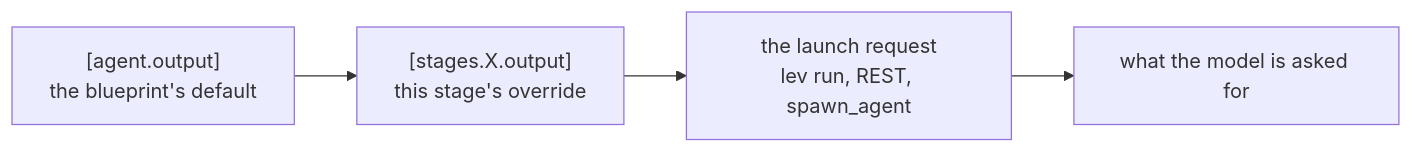
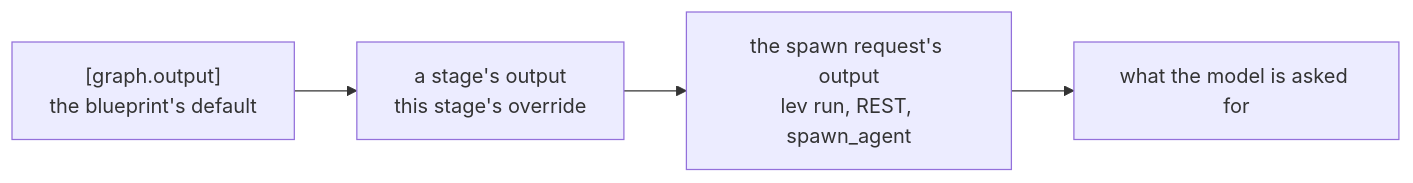
One commit to GEMISIS/leviath changed the second of 4 diagrams in docs/content/outputs.md. Above: the diagram before and after it, drawn with Mermaid. The commit also changed other lines of this file and 849 other files, not shown here.

````diff
--- a/docs/content/outputs.md
+++ b/docs/content/outputs.md
@@ -170,6 +177,6 @@
 ```mermaid
 flowchart LR
-  A["[agent.output]<br/>the blueprint's default"] --> B["[stages.X.output]<br/>this stage's override"]
-  B --> C["the launch request<br/>lev run, REST, spawn_agent"]
+  A["[graph.output]<br/>the blueprint's default"] --> B["a stage's output<br/>this stage's override"]
+  B --> C["the spawn request's output<br/>lev run, REST, spawn_agent"]
   C --> D["what the model is asked for"]
 ```
````
